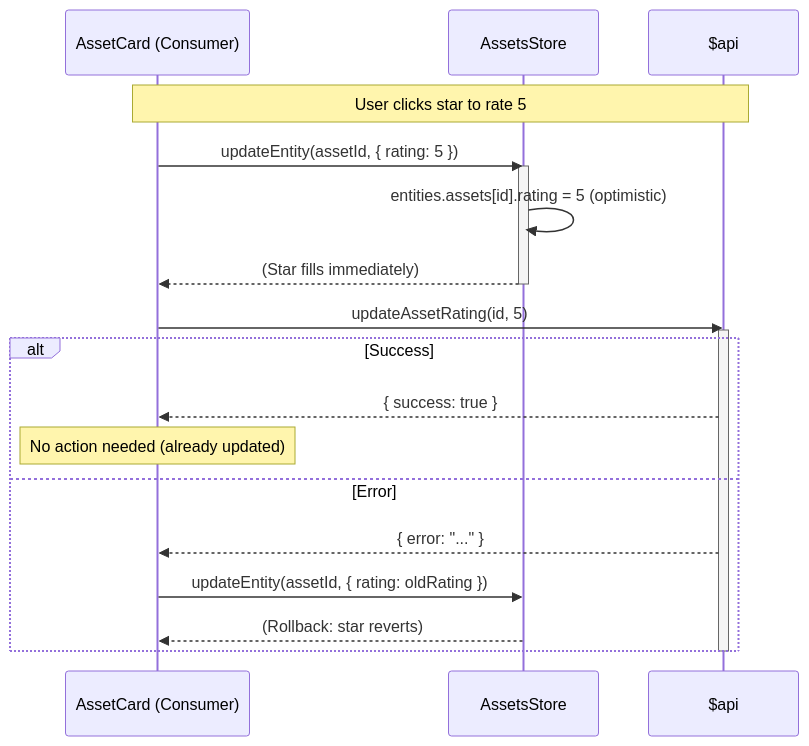
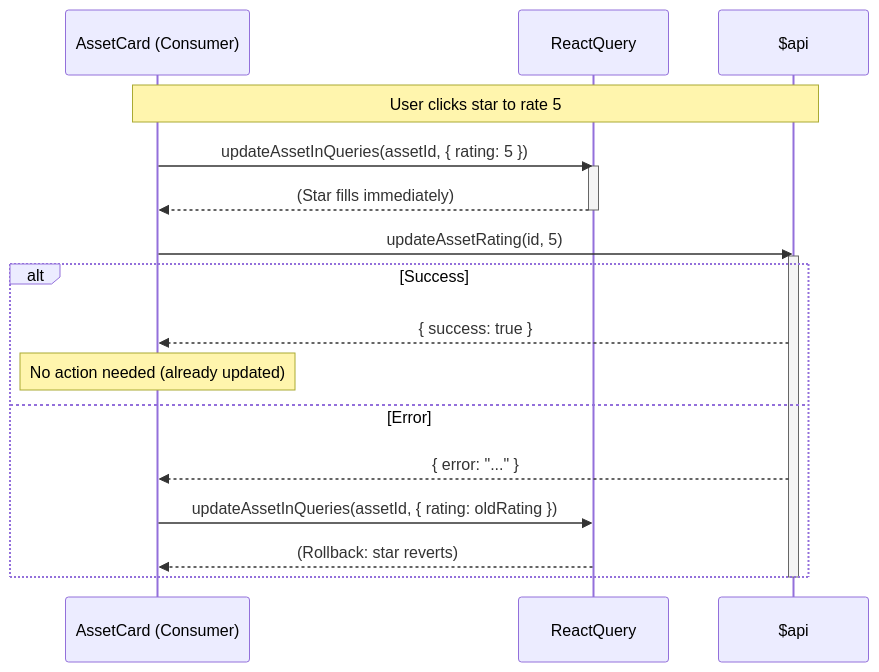
The fourth of 5 diagrams in web/src/features/assets/diagram/async-data-flow.md (EdwinZhanCN/Lumilio-Photos), drawn with Mermaid before and after one commit. The commit also changed other lines of this file and 30 other files, not shown here.

````diff
--- a/web/src/features/assets/diagram/async-data-flow.md
+++ b/web/src/features/assets/diagram/async-data-flow.md
@@ -130,27 +102,26 @@
 ```mermaid
 sequenceDiagram
     participant UI as AssetCard (Consumer)
-    participant Store as AssetsStore
+    participant QueryCache as ReactQuery
     participant API as $api
     
     Note over UI, API: User clicks star to rate 5
     
-    UI->>Store: updateEntity(assetId, { rating: 5 })
-    activate Store
-    Store->>Store: entities.assets[id].rating = 5 (optimistic)
-    Store-->>UI: (Star fills immediately)
-    deactivate Store
+    UI->>QueryCache: updateAssetInQueries(assetId, { rating: 5 })
+    activate QueryCache
+    QueryCache-->>UI: (Star fills immediately)
+    deactivate QueryCache
     
     UI->>API: updateAssetRating(id, 5)
     activate API
     
     alt Success
         API-->>UI: { success: true }
         Note over UI: No action needed (already updated)
     else Error
         API-->>UI: { error: "..." }
-        UI->>Store: updateEntity(assetId, { rating: oldRating })
-        Store-->>UI: (Rollback: star reverts)
+        UI->>QueryCache: updateAssetInQueries(assetId, { rating: oldRating })
+        QueryCache-->>UI: (Rollback: star reverts)
     end
     deactivate API
 ```
````
